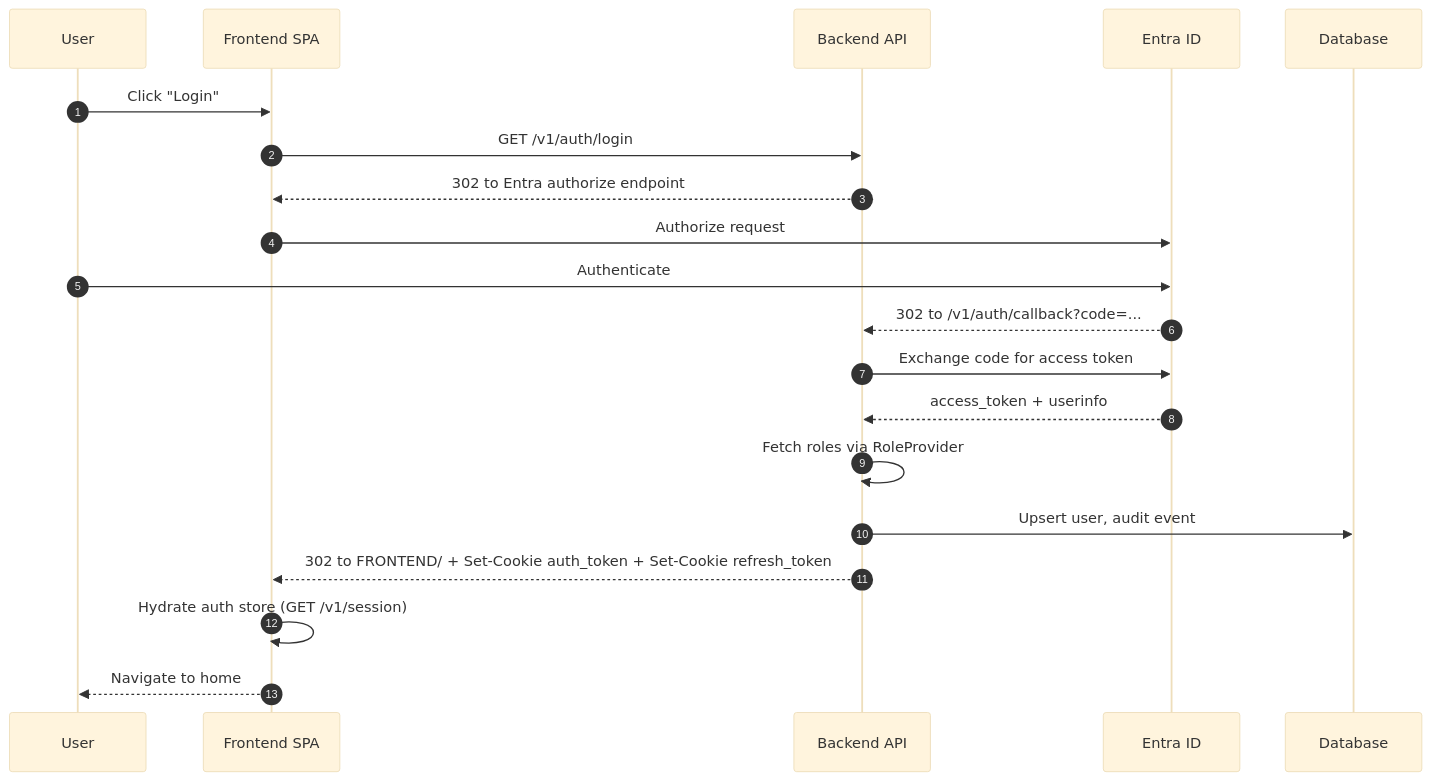
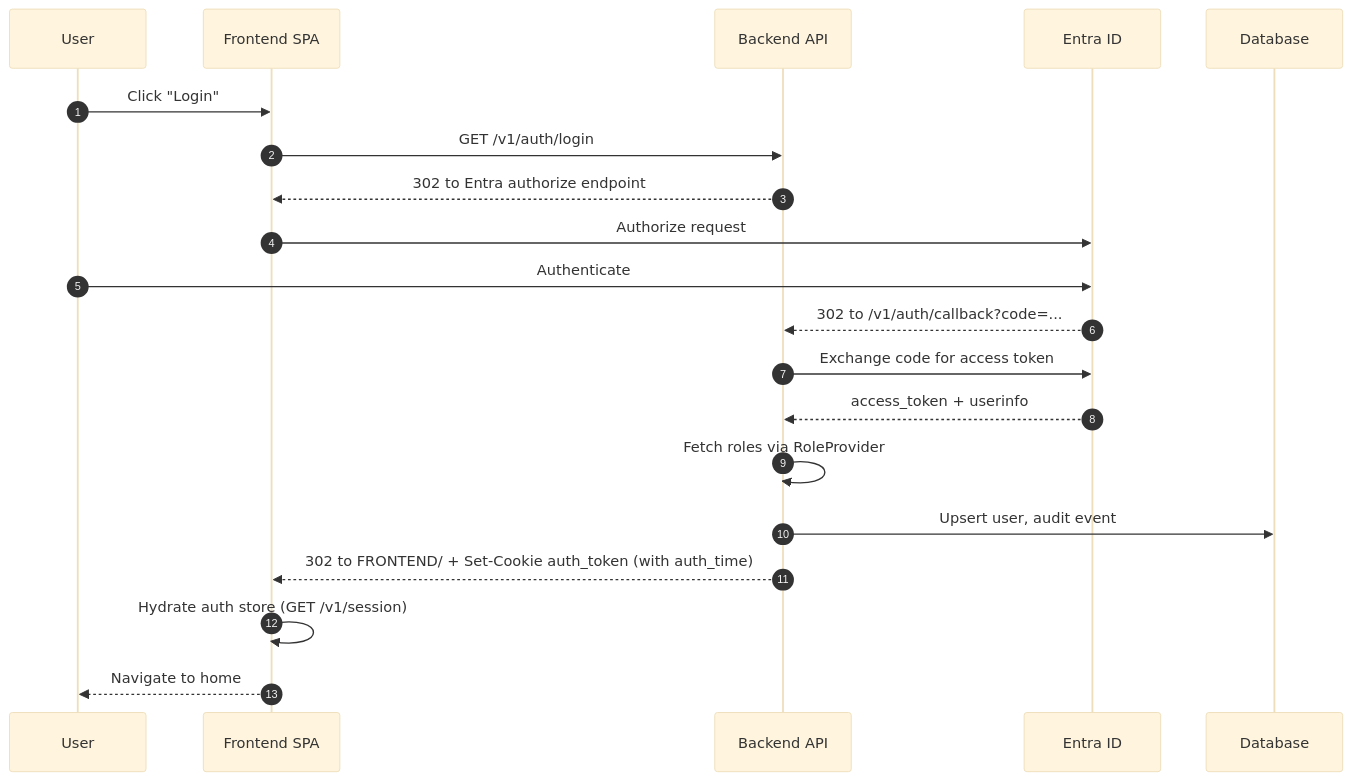
Before and after one commit to EPFL-ENAC/co2-calculator: the second of 3 diagrams in docs/src/architecture/04-auth-flow.md, drawn with Mermaid (base theme). The commit also changed other lines of this file and 6 other files, not shown here.

First line of the commit message:
docs(auth): session cookie lifecycle in the auth flow page (#2943)

````diff
--- a/docs/src/architecture/04-auth-flow.md
+++ b/docs/src/architecture/04-auth-flow.md
@@ -38,23 +38,23 @@
 ```mermaid
 sequenceDiagram
     autonumber
     participant U as User
     participant SPA as Frontend SPA
     participant API as Backend API
     participant Entra as Entra ID
     participant DB as Database
 
     U->>SPA: Click "Login"
     SPA->>API: GET /v1/auth/login
     API-->>SPA: 302 to Entra authorize endpoint
     SPA->>Entra: Authorize request
     U->>Entra: Authenticate
     Entra-->>API: 302 to /v1/auth/callback?code=...
     API->>Entra: Exchange code for access token
     Entra-->>API: access_token + userinfo
     API->>API: Fetch roles via RoleProvider
     API->>DB: Upsert user, audit event
-    API-->>SPA: 302 to FRONTEND/ + Set-Cookie auth_token + Set-Cookie refresh_token
+    API-->>SPA: 302 to FRONTEND/ + Set-Cookie auth_token (with auth_time)
     SPA->>SPA: Hydrate auth store (GET /v1/session)
     SPA-->>U: Navigate to home
 ```
````
